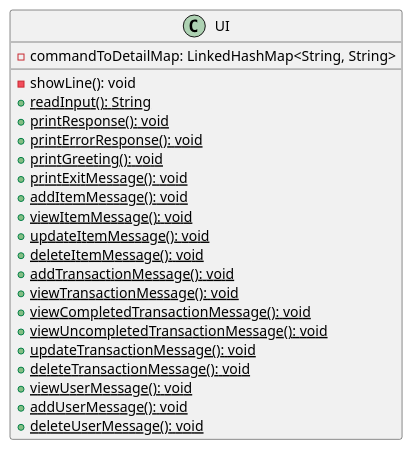
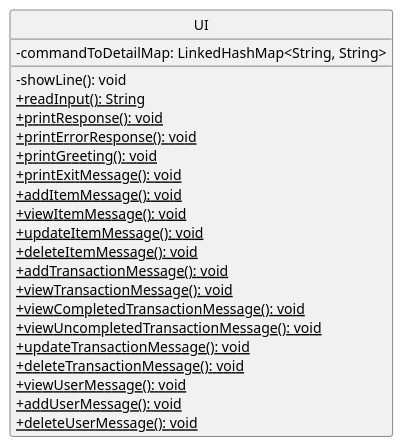
Before and after one commit to nus-cs2113-AY2223S1/tp: the diagram in docs/diagrams/Ui/UiDesign.puml, drawn with PlantUML. The commit also changed 25 other files, not shown here.

Commit message:
Edit Class Diagrams (remove notations)

```diff
--- a/docs/diagrams/Ui/UiDesign.puml
+++ b/docs/diagrams/Ui/UiDesign.puml
@@ -1,25 +1,29 @@
 @startuml
+skinparam classAttributeIconSize 0
+hide footbox
+hide circle
+
 class UI{
     - commandToDetailMap: LinkedHashMap<String, String>
     - showLine(): void
     + {static} readInput(): String
     + {static} printResponse(): void
     + {static} printErrorResponse(): void
     + {static} printGreeting(): void
     + {static} printExitMessage(): void
     + {static} addItemMessage(): void
     + {static} viewItemMessage(): void
     + {static} updateItemMessage(): void
     + {static} deleteItemMessage(): void
     + {static} addTransactionMessage(): void
     + {static} viewTransactionMessage(): void
     + {static} viewCompletedTransactionMessage(): void
     + {static} viewUncompletedTransactionMessage(): void
     + {static} updateTransactionMessage(): void
     + {static} deleteTransactionMessage(): void
     + {static} viewUserMessage(): void
     + {static} addUserMessage(): void
     + {static} deleteUserMessage(): void
 }
 
 @enduml
```
